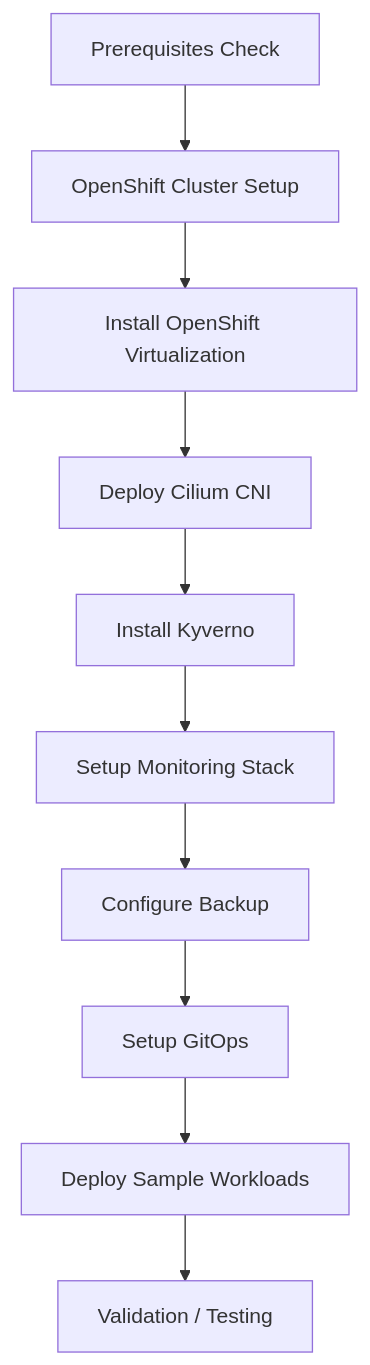
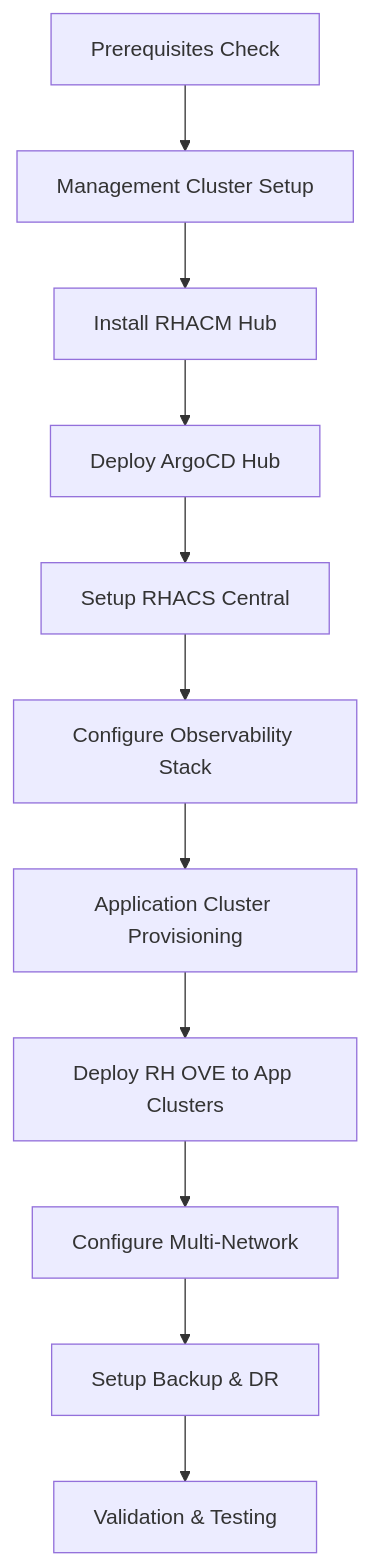
Before and after one commit to brunseba/rh-ove-ecosystem: the diagram in docs/deployment/installation.md, drawn with Mermaid. The commit also changed other lines of this file and 39 other files, not shown here.

````diff
--- a/docs/deployment/installation.md
+++ b/docs/deployment/installation.md
@@ -9,12 +17,13 @@
 ```mermaid
 graph TD
-    A[Prerequisites Check] --> B[OpenShift Cluster Setup]
-    B --> C[Install OpenShift Virtualization]
-    C --> D[Deploy Cilium CNI]
-    D --> E[Install Kyverno]
-    E --> F[Setup Monitoring Stack]
-    F --> G[Configure Backup]
-    G --> H[Setup GitOps]
-    H --> I[Deploy Sample Workloads]
-    I --> J[Validation / Testing]
+    A[Prerequisites Check] --> B[Management Cluster Setup]
+    B --> C[Install RHACM Hub]
+    C --> D[Deploy ArgoCD Hub]
+    D --> E[Setup RHACS Central]
+    E --> F[Configure Observability Stack]
+    F --> G[Application Cluster Provisioning]
+    G --> H[Deploy RH OVE to App Clusters]
+    H --> I[Configure Multi-Network]
+    I --> J[Setup Backup & DR]
+    J --> K[Validation & Testing]
 ```
````
